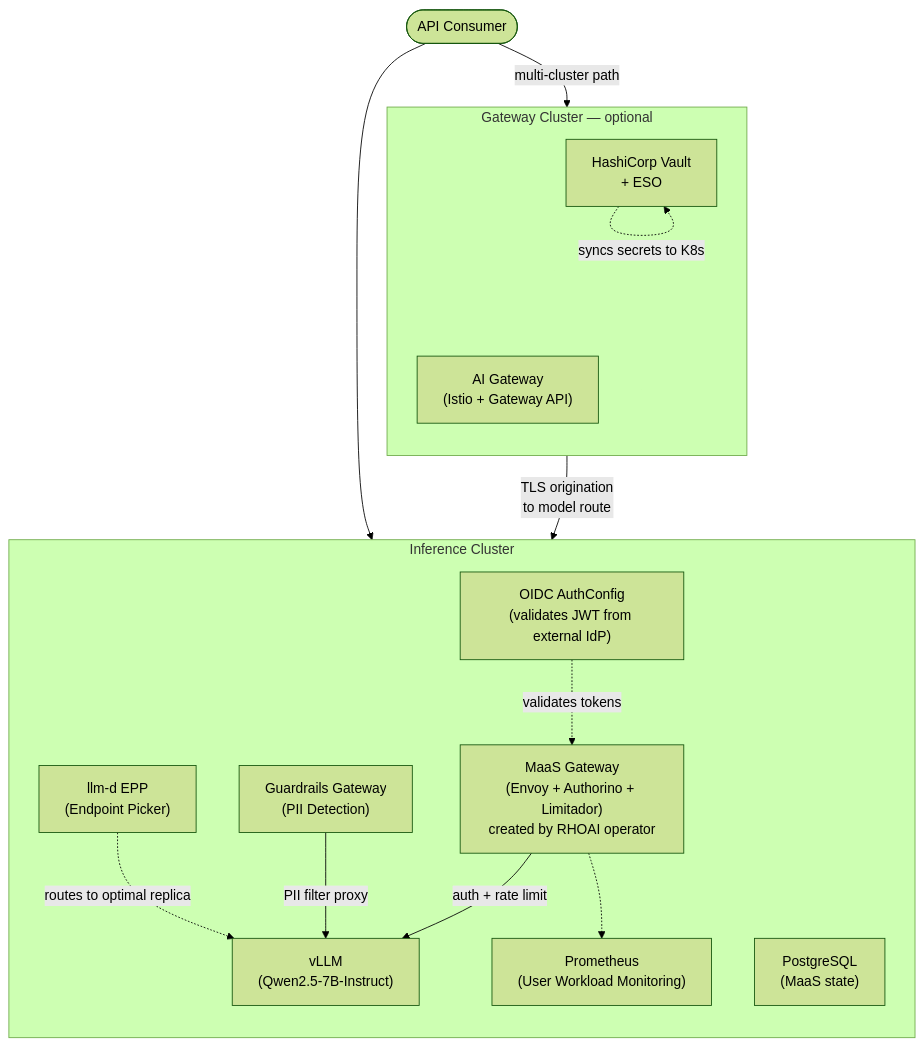
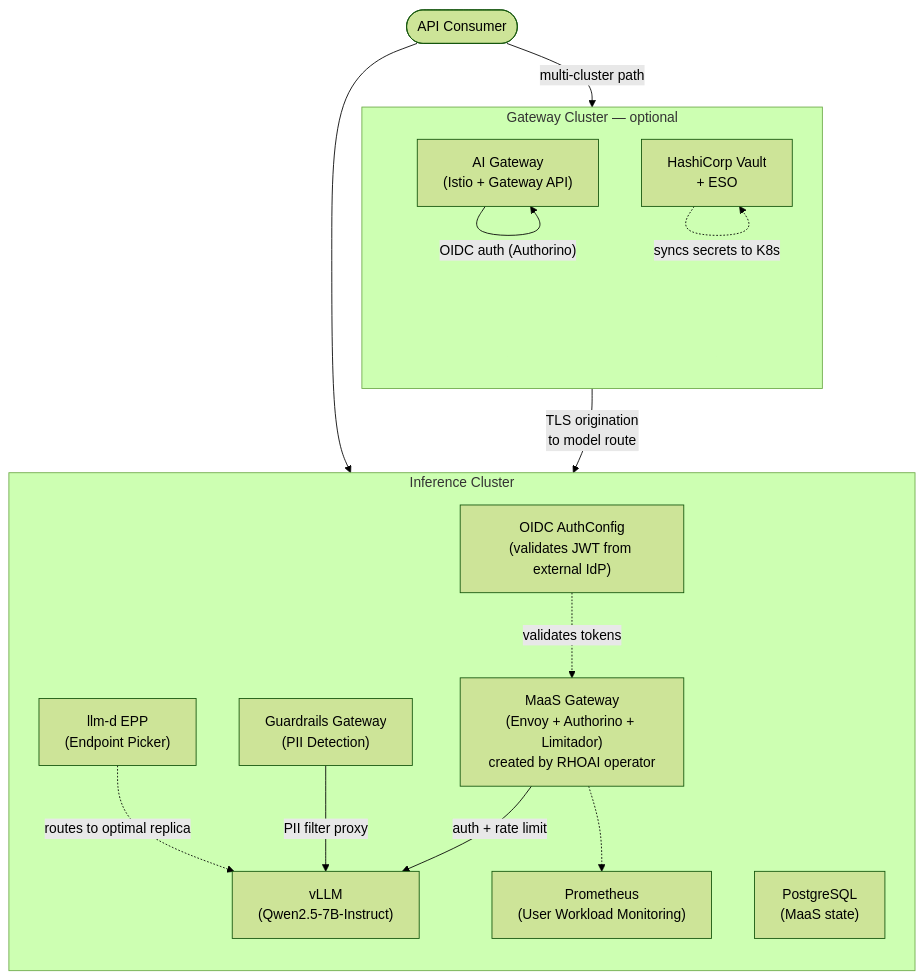
Before and after one commit to rrbanda/maas-demo: the first of 3 diagrams in README.md, drawn with Mermaid (forest theme). The commit also changed other lines of this file and 6 other files, not shown here.

First line of the commit message:
feat: enforce OIDC auth on multi-cluster AI gateway path

````diff
--- a/README.md
+++ b/README.md
@@ -22,29 +22,30 @@
 ```mermaid
 flowchart TB
     subgraph GW["Gateway Cluster — optional"]
         direction TB
         AIGw["AI Gateway<br/>(Istio + Gateway API)"]
         Vault["HashiCorp Vault<br/>+ ESO"]
     end
 
     subgraph INF["Inference Cluster"]
         direction TB
         MaaS["MaaS Gateway<br/>(Envoy + Authorino + Limitador)<br/>created by RHOAI operator"]
         Guard["Guardrails Gateway<br/>(PII Detection)"]
         EPP["llm-d EPP<br/>(Endpoint Picker)"]
         vLLM["vLLM<br/>(Qwen2.5-7B-Instruct)"]
         PG["PostgreSQL<br/>(MaaS state)"]
         Prom["Prometheus<br/>(User Workload Monitoring)"]
         OIDC["OIDC AuthConfig<br/>(validates JWT from external IdP)"]
     end
 
     Client(["API Consumer"]) --> MaaS
     Client -->|"multi-cluster path"| AIGw
+    AIGw -->|"OIDC auth (Authorino)"| AIGw
     AIGw -->|"TLS origination<br/>to model route"| vLLM
     MaaS -->|"auth + rate limit"| vLLM
     Guard -->|"PII filter proxy"| vLLM
     EPP -.->|"routes to optimal replica"| vLLM
     OIDC -.->|"validates tokens"| MaaS
     MaaS -.-> Prom
     Vault -.->|"syncs secrets to K8s"| Vault
 ```
````
